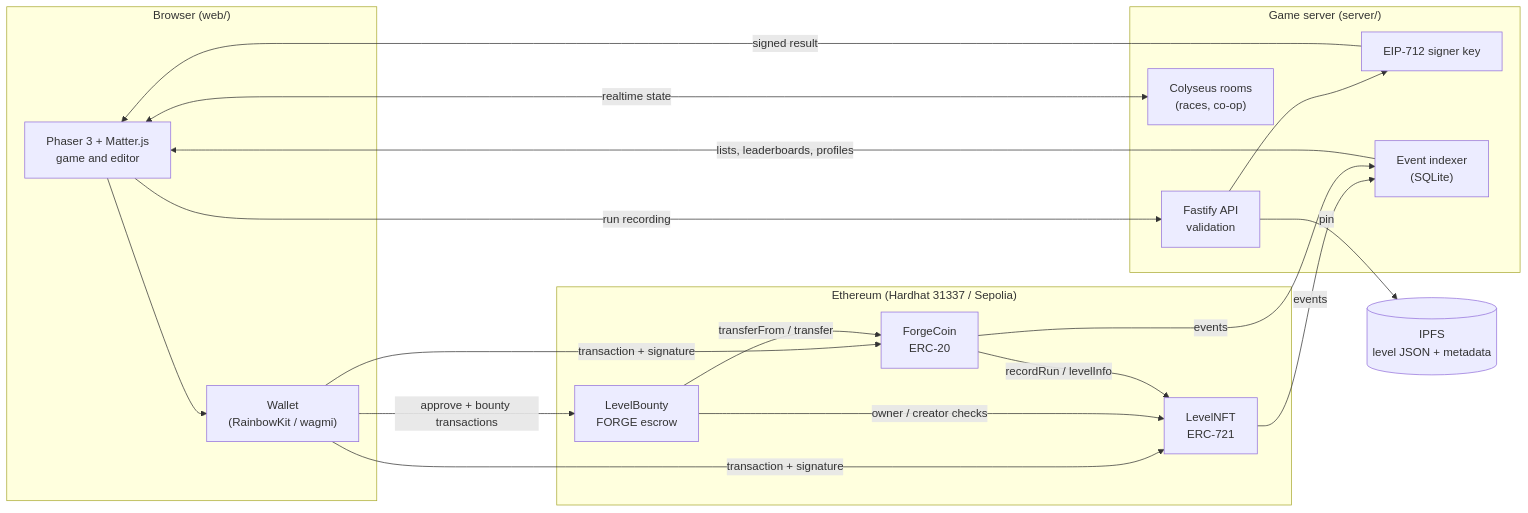
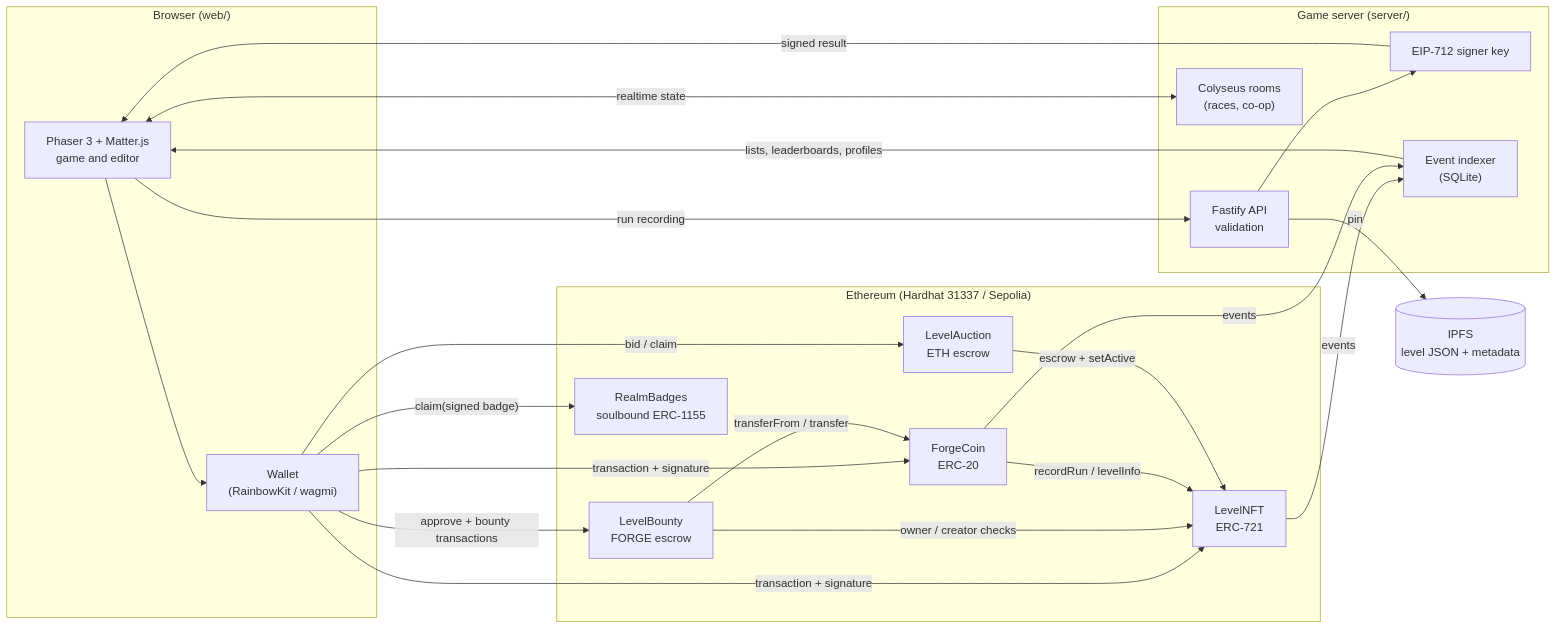
The first of 9 diagrams in docs/BLOCKCHAIN.md (MedSlimane/realmforge), drawn with Mermaid before and after one commit. The commit also changed other lines of this file and 2 other files, not shown here.

Commit message:
docs: blockchain explainer + PDF cover remixes, gasless relay, auctions, soulbound badges, ghosts, SIWE and co-op

````diff
--- a/docs/BLOCKCHAIN.md
+++ b/docs/BLOCKCHAIN.md
@@ -29,35 +31,40 @@
 ```mermaid
 flowchart LR
     subgraph Browser["Browser (web/)"]
         Game["Phaser 3 + Matter.js<br/>game and editor"]
         Wallet["Wallet<br/>(RainbowKit / wagmi)"]
     end
     subgraph Server["Game server (server/)"]
         API["Fastify API<br/>validation"]
         Signer["EIP-712 signer key"]
         Rooms["Colyseus rooms<br/>(races, co-op)"]
         Indexer["Event indexer<br/>(SQLite)"]
     end
     subgraph Chain["Ethereum (Hardhat 31337 / Sepolia)"]
         NFT["LevelNFT<br/>ERC-721"]
         FORGE["ForgeCoin<br/>ERC-20"]
         BOUNTY["LevelBounty<br/>FORGE escrow"]
+        AUCTION["LevelAuction<br/>ETH escrow"]
+        BADGES["RealmBadges<br/>soulbound ERC-1155"]
     end
     IPFS[("IPFS<br/>level JSON + metadata")]
 
     Game -- "run recording" --> API
     API --> Signer
     Signer -- "signed result" --> Game
     Game --> Wallet
     Wallet -- "transaction + signature" --> NFT
     Wallet -- "transaction + signature" --> FORGE
     Wallet -- "approve + bounty transactions" --> BOUNTY
     BOUNTY -- "transferFrom / transfer" --> FORGE
     BOUNTY -- "owner / creator checks" --> NFT
     FORGE -- "recordRun / levelInfo" --> NFT
+    AUCTION -- "escrow + setActive" --> NFT
+    Wallet -- "bid / claim" --> AUCTION
+    Wallet -- "claim(signed badge)" --> BADGES
     NFT -- "events" --> Indexer
     FORGE -- "events" --> Indexer
     Indexer -- "lists, leaderboards, profiles" --> Game
     API -- "pin" --> IPFS
     Game <-- "realtime state" --> Rooms
 ```
````
